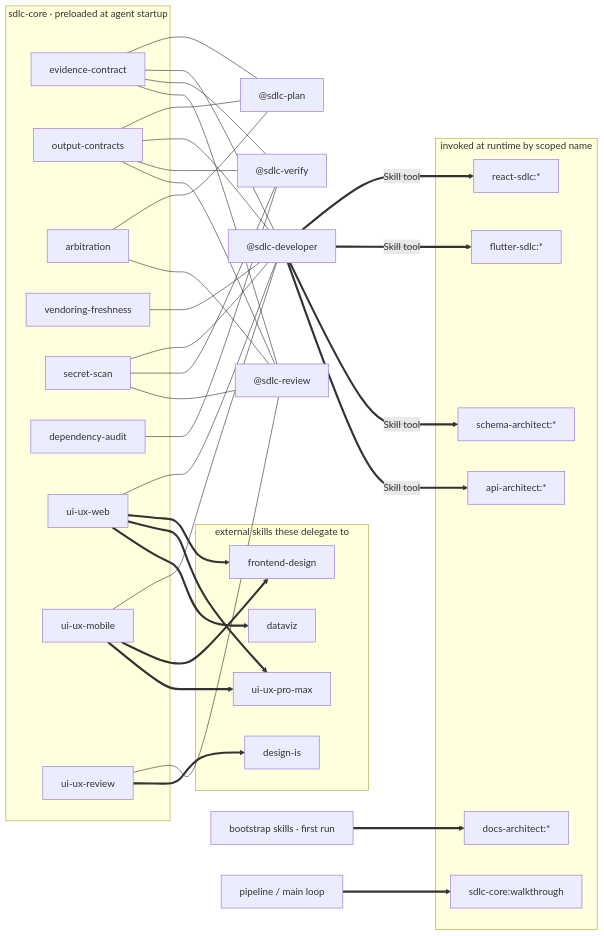
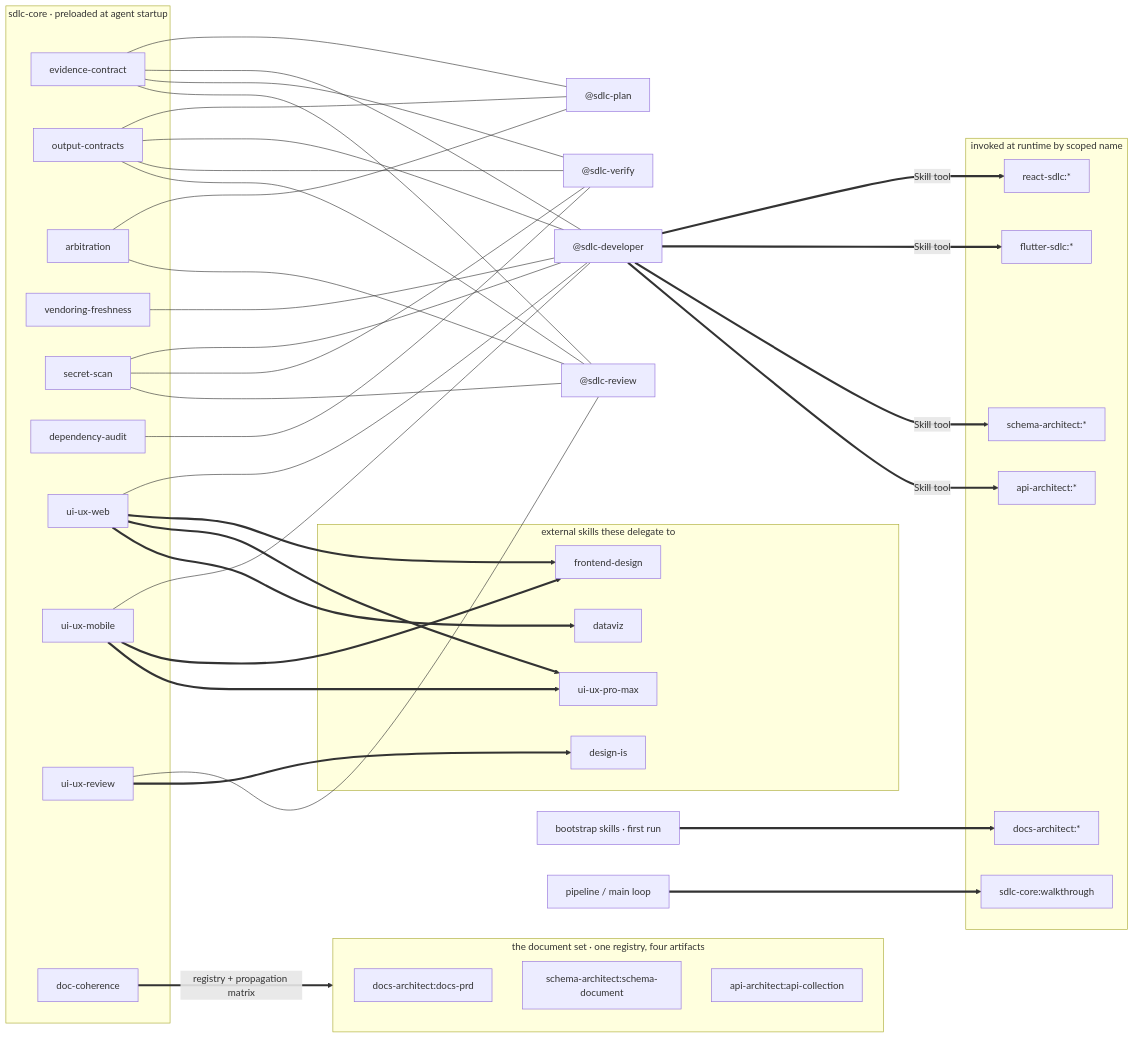
Before and after one commit to MobileDevNalsoft/sdlc-automation: the second of 3 diagrams in README.md, drawn with Mermaid. The commit also changed other lines of this file and 21 other files, not shown here.

````diff
--- a/README.md
+++ b/README.md
@@ -137,68 +137,76 @@
 ```mermaid
 flowchart LR
     subgraph CORE ["sdlc-core · preloaded at agent startup"]
         EC["evidence-contract"]
         OC["output-contracts"]
         AR["arbitration"]
         VF["vendoring-freshness"]
         SS["secret-scan"]
         DA["dependency-audit"]
         UW["ui-ux-web"]
         UM["ui-ux-mobile"]
         UR["ui-ux-review"]
+        DC["doc-coherence"]
     end
 
     P["@sdlc-plan"]
     D["@sdlc-developer"]
     V["@sdlc-verify"]
     R["@sdlc-review"]
 
     EC --- P
     OC --- P
     AR --- P
     EC --- D
     OC --- D
     VF --- D
     SS --- D
     UW --- D
     UM --- D
     EC --- V
     OC --- V
     SS --- V
     DA --- V
     EC --- R
     OC --- R
     SS --- R
     AR --- R
     UR --- R
 
     subgraph RUNTIME ["invoked at runtime by scoped name"]
         RS["react-sdlc:*"]
         FS["flutter-sdlc:*"]
         SA["schema-architect:*"]
         AA["api-architect:*"]
         DOC["docs-architect:*"]
         WK["sdlc-core:walkthrough"]
     end
 
     D ==>|"Skill tool"| RS
     D ==>|"Skill tool"| FS
     D ==>|"Skill tool"| SA
     D ==>|"Skill tool"| AA
     BOOT["bootstrap skills · first run"] ==> DOC
     PIPE["pipeline / main loop"] ==> WK
 
+    DC ==>|"registry + propagation matrix"| DOCSET
+    subgraph DOCSET ["the document set · one registry, four artifacts"]
+        PRD["docs-architect:docs-prd"]
+        SD["schema-architect:schema-document"]
+        AC["api-architect:api-collection"]
+    end
+
     subgraph EXT ["external skills these delegate to"]
         FD["frontend-design"]
         UPM["ui-ux-pro-max"]
         DI["design-is"]
         DV["dataviz"]
     end
 
     UW ==> FD
     UW ==> UPM
     UM ==> FD
     UM ==> UPM
     UR ==> DI
     UW ==> DV
 ```
````
